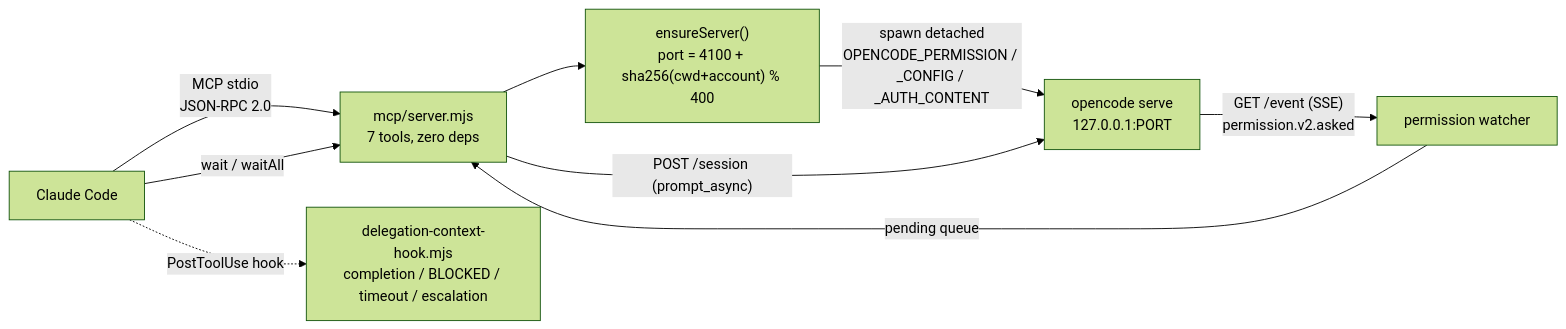
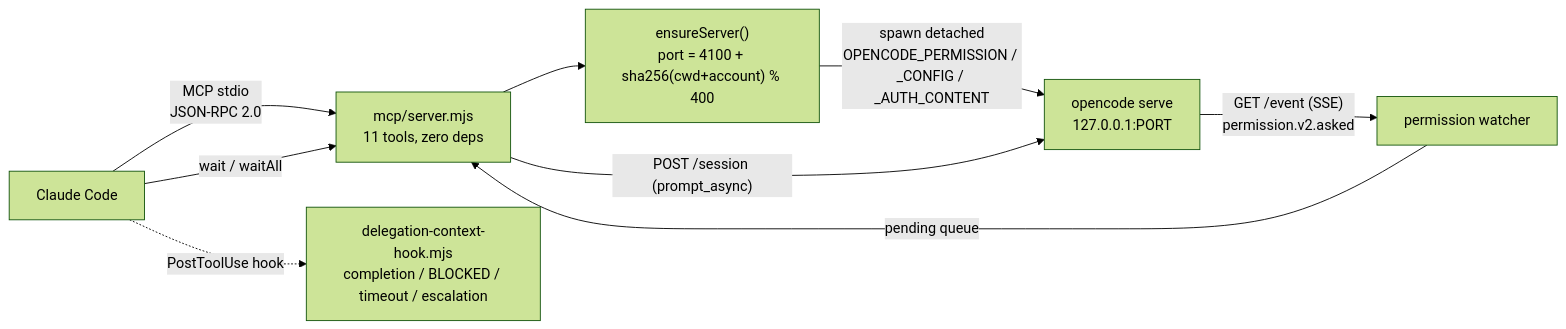
The first of 3 diagrams in README.md (naicud/opencode-plugin-cc), drawn with Mermaid (forest theme) before and after one commit. The commit also changed other lines of this file and 11 other files, not shown here.

````diff
--- a/README.md
+++ b/README.md
@@ -322,11 +322,11 @@
 ```mermaid
 flowchart LR
-    CC["Claude Code"] -->|"MCP stdio<br/>JSON-RPC 2.0"| SRV["mcp/server.mjs<br/>7 tools, zero deps"]
+    CC["Claude Code"] -->|"MCP stdio<br/>JSON-RPC 2.0"| SRV["mcp/server.mjs<br/>11 tools, zero deps"]
     SRV --> ES["ensureServer()<br/>port = 4100 + sha256(cwd+account) % 400"]
     ES -->|spawn detached<br/>OPENCODE_PERMISSION / _CONFIG / _AUTH_CONTENT| OC["opencode serve<br/>127.0.0.1:PORT"]
     SRV -->|"POST /session (prompt_async)"| OC
     OC -->|"GET /event (SSE)<br/>permission.v2.asked"| W["permission watcher"]
     W -->|pending queue| SRV
     CC -->|"wait / waitAll"| SRV
     CC -.->|"PostToolUse hook"| HOOK["delegation-context-hook.mjs<br/>completion / BLOCKED / timeout / escalation"]
 ```
````
